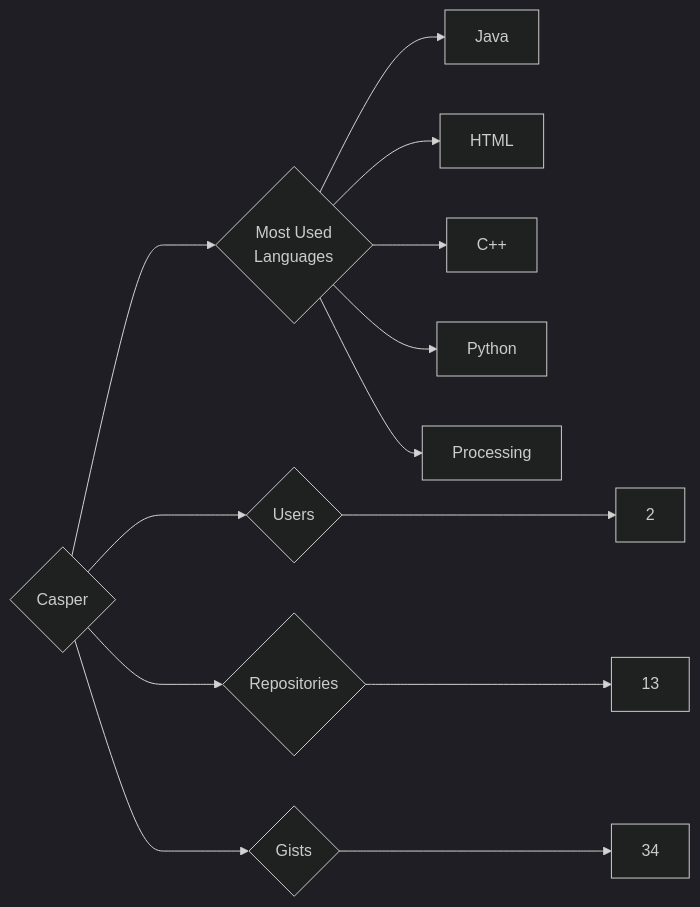
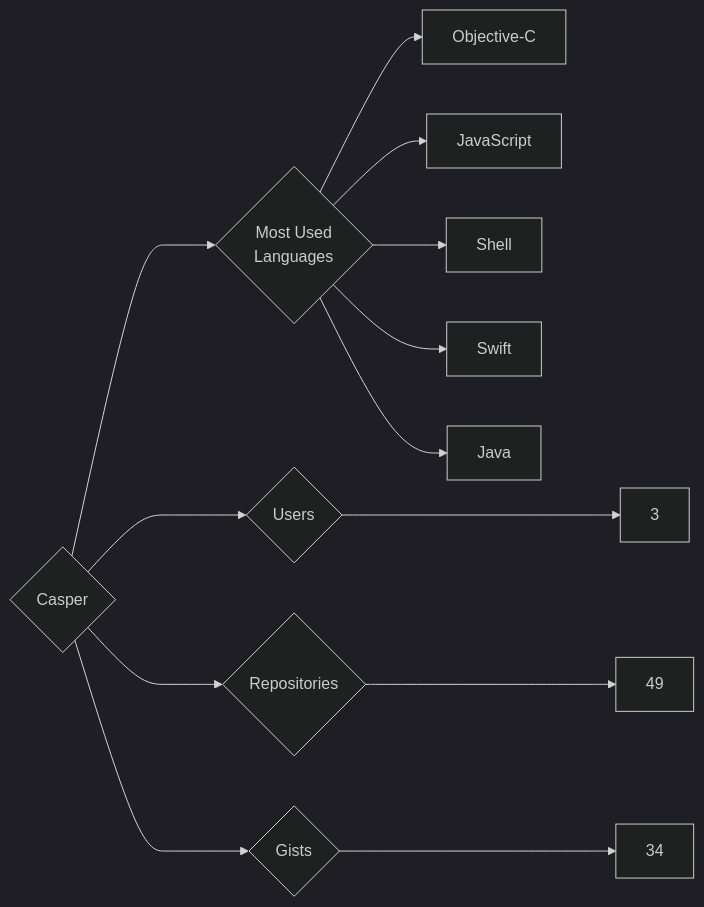
One commit to trickest/insiders changed the diagram in targets/Casper/README.md. Above: the diagram before and after it, drawn with Mermaid (dark theme). The commit also changed 857 other files, not shown here.

````diff
--- a/targets/Casper/README.md
+++ b/targets/Casper/README.md
@@ -3,13 +3,13 @@
 ```mermaid
 graph LR
 COMPANY_NAME{Casper}
-COMPANY_NAME ---> U{Users} ---> UN[2]
-COMPANY_NAME ---> R{Repositories} ---> RN[13]
+COMPANY_NAME ---> U{Users} ---> UN[3]
+COMPANY_NAME ---> R{Repositories} ---> RN[49]
 COMPANY_NAME ---> G{Gists} ---> GN[34]
 COMPANY_NAME ---> ML{Most Used<br>Languages}
+ML --> Objective-C[Objective-C]
+ML --> JavaScript[JavaScript]
+ML --> Shell[Shell]
+ML --> Swift[Swift]
 ML --> Java[Java]
-ML --> HTML[HTML]
-ML --> C++[C++]
-ML --> Python[Python]
-ML --> Processing[Processing]
 ```
````
